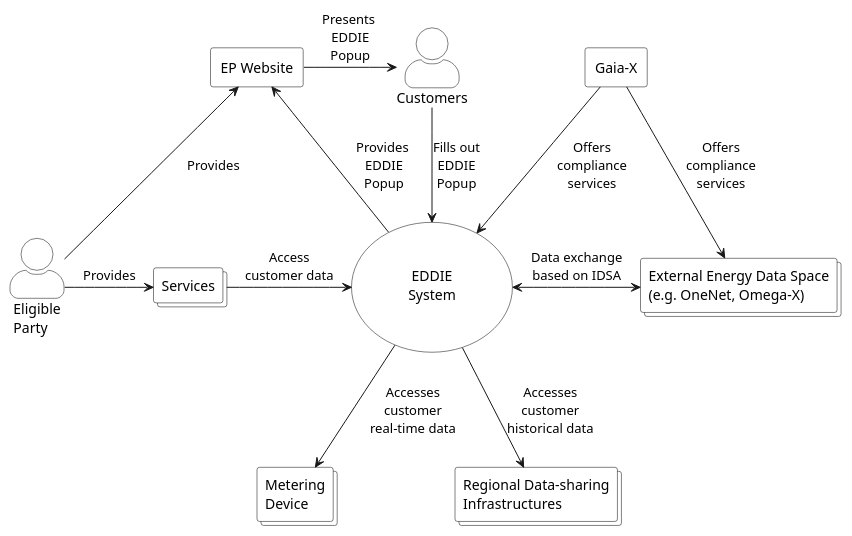
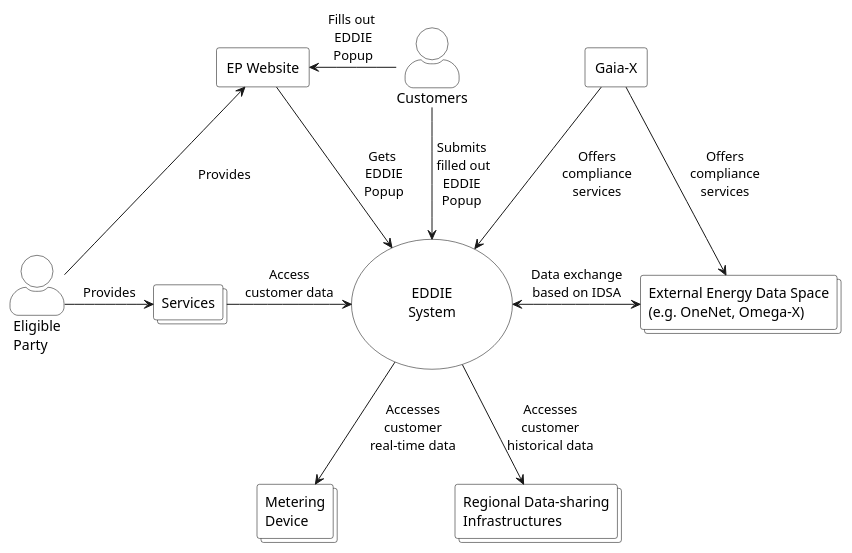
Before and after one commit to eddie-energy/architecture: the diagram in arc42/system-scope-and-context/figures/context-diagram-dataspace.puml, drawn with PlantUML. The commit also changed 3 other files, not shown here.

Commit message:
revise the system scope context diagram #90

```diff
--- a/arc42/system-scope-and-context/figures/context-diagram-dataspace.puml
+++ b/arc42/system-scope-and-context/figures/context-diagram-dataspace.puml
@@ -1,52 +1,52 @@
 @startuml context-diagram-dataspace
 'context diagram
 
 skinparam usecase {
   BorderColor black
   BackgroundColor transparent
 }
 skinparam rectangle {
   BorderColor black
   BackgroundColor transparent
 }
 skinparam collections {
   BorderColor black
   BackgroundColor white
 }
 skinparam actorStyle awesome
 skinparam actor {
   BorderColor black
   BackgroundColor white
 }
 
 rectangle "Gaia-X" as gaiaX
 collections "External Energy Data Space\n(e.g. OneNet, Omega-X)" as dataSpaces
 usecase "\n\nEDDIE\nSystem\n\n" as eddie
 collections "Metering\nDevice" as smartMeter
 collections "Regional Data-sharing\nInfrastructures" as regionalData
 rectangle "EP Website" as website
 collections "Services" as service
 
 actor "Eligible\nParty" as ep
 actor "Customers" as customer
 
 gaiaX -down-> eddie : Offers\ncompliance\nservices
 gaiaX -down-> dataSpaces : Offers\ncompliance\nservices
 
 eddie <-right-> dataSpaces : Data exchange\nbased on IDSA
 
 service -right-> eddie : Access\ncustomer data
 eddie -down-> regionalData : Accesses\ncustomer\nhistorical data
 eddie -down-> smartMeter : Accesses\ncustomer\nreal-time data
-eddie -left-> website : Provides \nEDDIE\nPopup
+eddie <-left- website : Gets \nEDDIE\nPopup
 smartMeter -[hidden] regionalData : \t\t\t
 
 
 ep -right-> service : Provides
 ep -up-> website : Provides
 
-website -right-> customer : Presents \nEDDIE\nPopup
-customer -down-> eddie : Fills out\nEDDIE\nPopup
+website <-right- customer : Fills out \nEDDIE\nPopup
+customer -down-> eddie : Submits\n filled out\nEDDIE\nPopup
 customer -[hidden]right- gaiaX : \t\t\t
 
 @enduml
```
